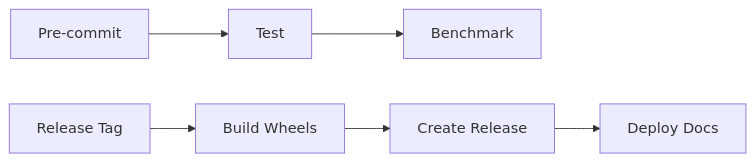
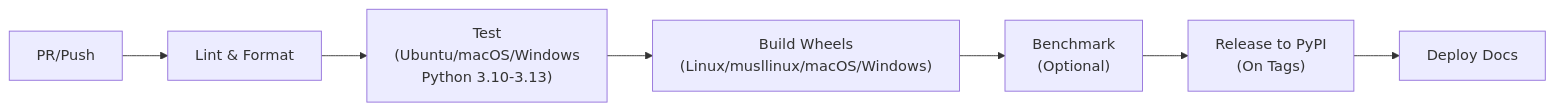
One commit to HernandoR/pcl-rustic changed the diagram in README.md. Above: the diagram before and after it, drawn with Mermaid. The commit also changed other lines of this file, not shown here.

````diff
--- a/README.md
+++ b/README.md
@@ -305,8 +316,9 @@
 ```mermaid
 graph LR
-    A[Pre-commit] --> B[Test]
-    B --> C[Benchmark]
-    D[Release Tag] --> E[Build Wheels]
-    E --> F[Create Release]
-    F --> G[Deploy Docs]
+    A["PR/Push"] --> B["Lint & Format"]
+    B --> C["Test\n(Ubuntu/macOS/Windows\nPython 3.10-3.13)"]
+    C --> D["Build Wheels\n(Linux/musllinux/macOS/Windows)"]
+    D --> E["Benchmark\n(Optional)"]
+    E --> F["Release to PyPI\n(On Tags)"]
+    F --> G["Deploy Docs"]
 ```
````
